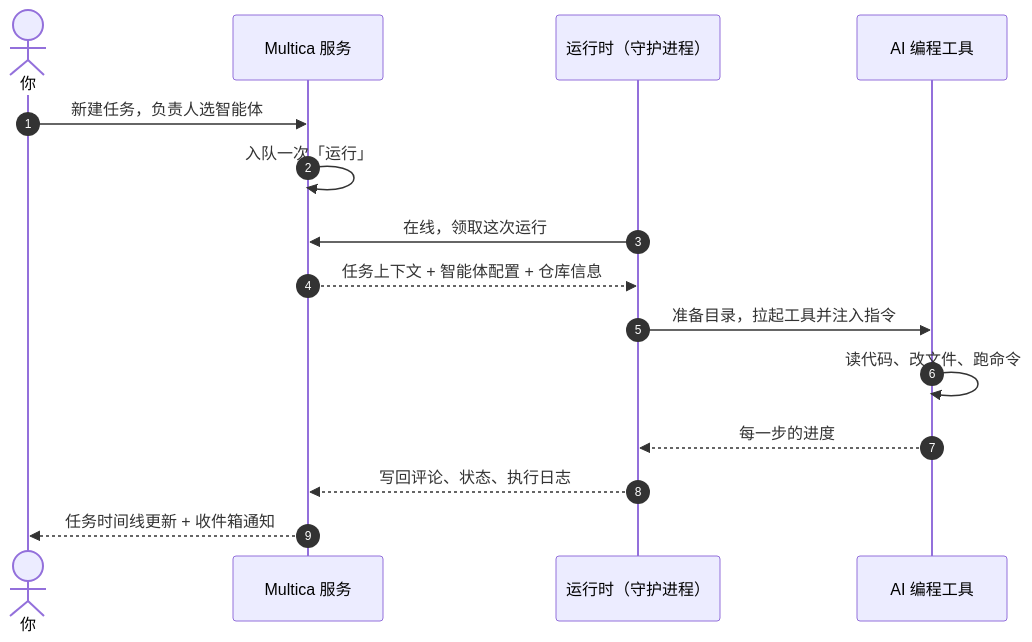
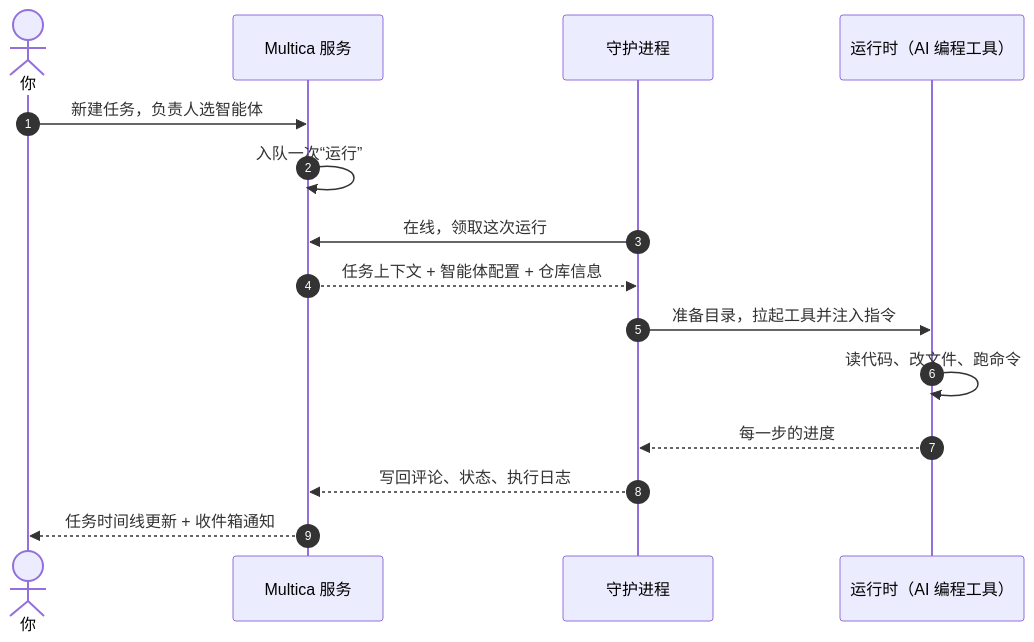
The third of 5 diagrams in article/ai/Multica入门教程/index.md (EagleClark/blog), drawn with Mermaid before and after one commit. The commit also changed other lines of this file, not shown here.

````diff
--- a/article/ai/Multica入门教程/index.md
+++ b/article/ai/Multica入门教程/index.md
@@ -458,17 +459,17 @@
 ```mermaid
 sequenceDiagram
     autonumber
     actor 你
     participant S as Multica 服务
-    participant D as 运行时（守护进程）
-    participant T as AI 编程工具
+    participant D as 守护进程
+    participant T as 运行时（AI 编程工具）
     你->>S: 新建任务，负责人选智能体
-    S->>S: 入队一次「运行」
+    S->>S: 入队一次“运行”
     D->>S: 在线，领取这次运行
     S-->>D: 任务上下文 + 智能体配置 + 仓库信息
     D->>T: 准备目录，拉起工具并注入指令
     T->>T: 读代码、改文件、跑命令
     T-->>D: 每一步的进度
     D-->>S: 写回评论、状态、执行日志
     S-->>你: 任务时间线更新 + 收件箱通知
 ```
````
